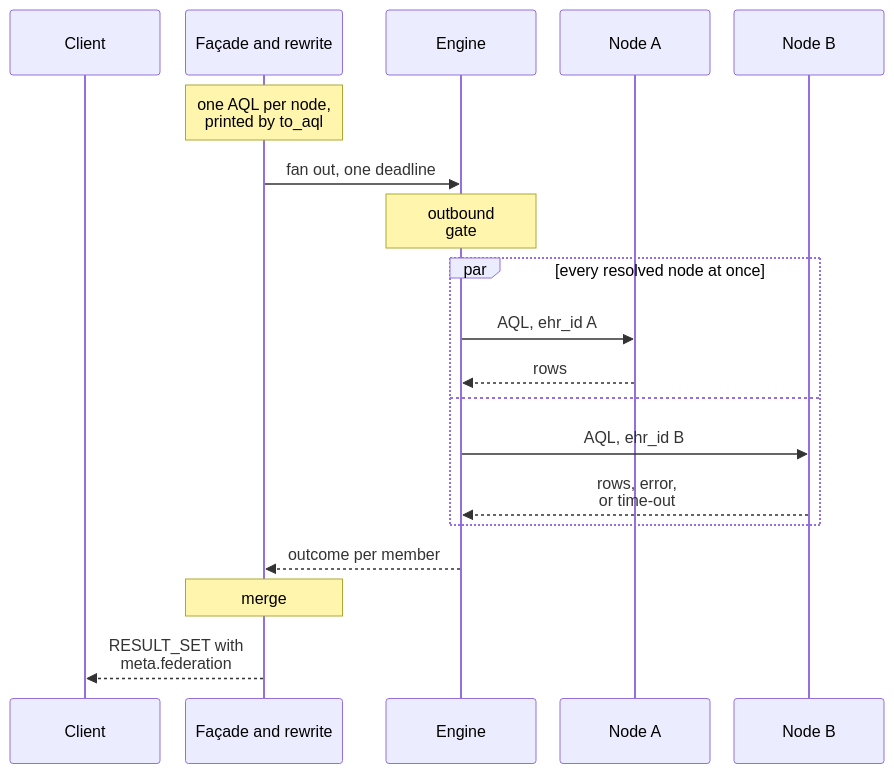
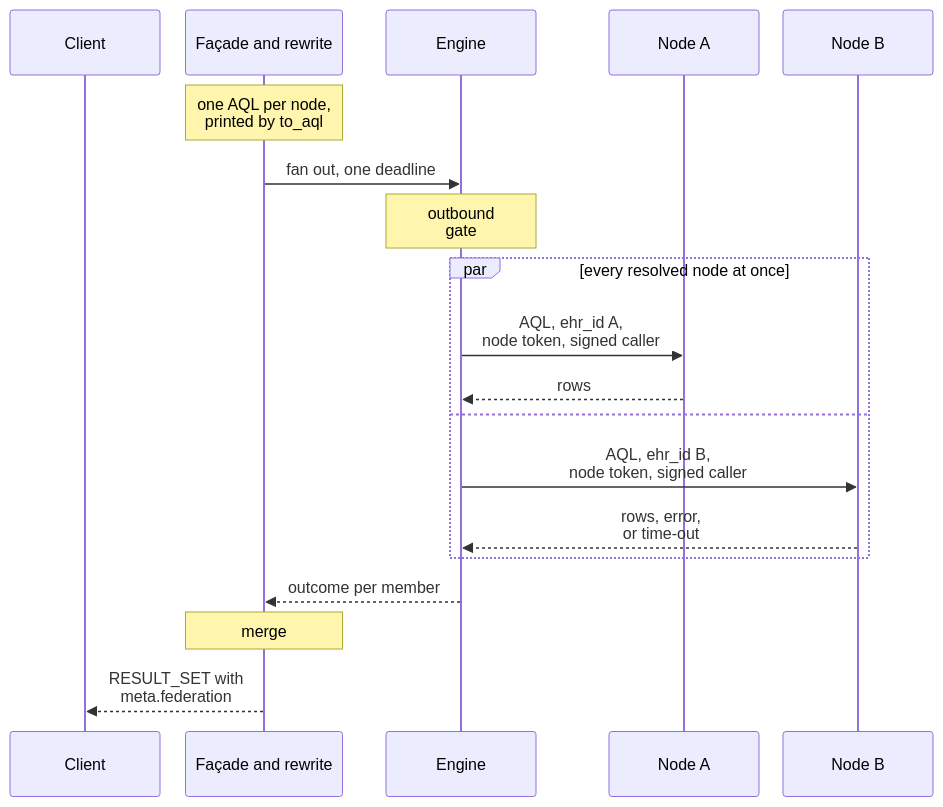
Before and after one commit to FerroHEALTH/FerroFED: the second of 5 diagrams in website/book/src/how-it-works/federated-query.md, drawn with Mermaid. The commit also changed other lines of this file and 11 other files, not shown here.

````diff
--- a/website/book/src/how-it-works/federated-query.md
+++ b/website/book/src/how-it-works/federated-query.md
@@ -85,22 +96,22 @@
 ```mermaid
 %%{init: {"sequence": {"actorMargin": 24}}}%%
 sequenceDiagram
     participant C as Client
     participant F as Façade and rewrite
     participant E as Engine
     participant A as Node A
     participant B as Node B
     Note over F: one AQL per node,<br/>printed by to_aql
     F->>E: fan out, one deadline
     Note over E: outbound<br/>gate
     par every resolved node at once
-        E->>A: AQL, ehr_id A
+        E->>A: AQL, ehr_id A,<br/>node token, signed caller
         A-->>E: rows
     and
-        E->>B: AQL, ehr_id B
+        E->>B: AQL, ehr_id B,<br/>node token, signed caller
         B-->>E: rows, error,<br/>or time-out
     end
     E-->>F: outcome per member
     Note over F: merge
     F-->>C: RESULT_SET with<br/>meta.federation
 ```
````
